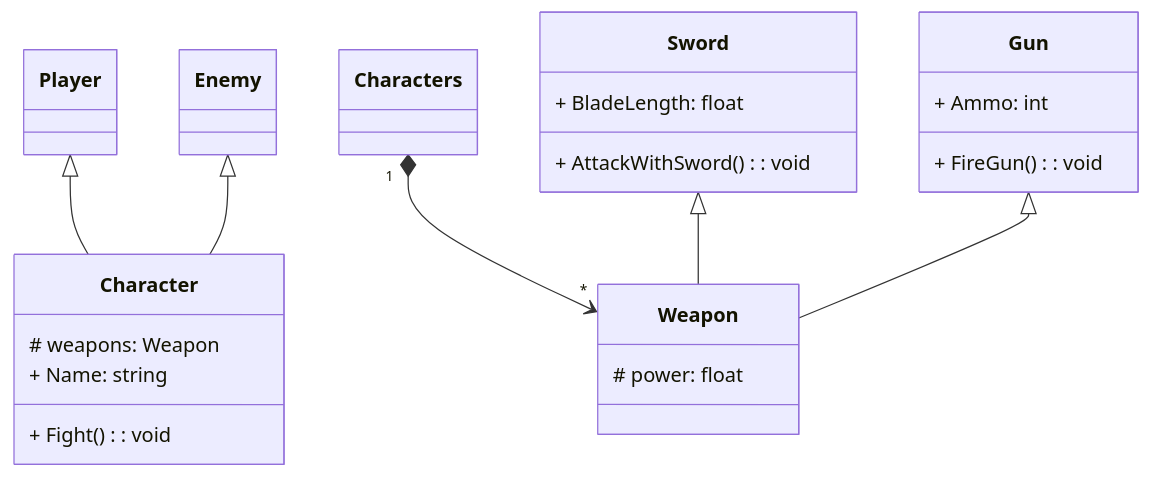
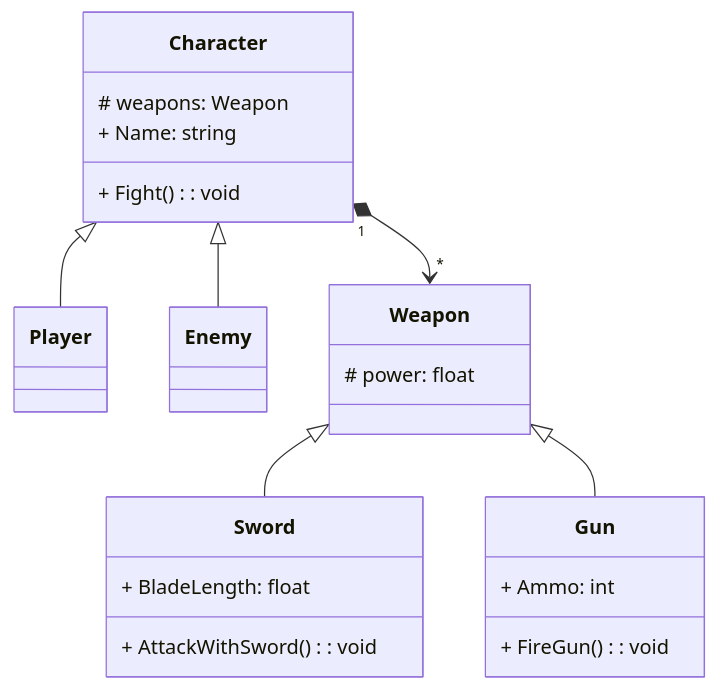
Before and after one commit to BrunoSilvaAlegria/LP1Semana07: the diagram in MiniGame/README.md, drawn with Mermaid. The commit also changed other lines of this file, not shown here.

Commit message:
Ex 4, corrected the diagram connections

````diff
--- a/MiniGame/README.md
+++ b/MiniGame/README.md
@@ -1,39 +1,39 @@
 ``` mermaid
 
       classDiagram
       class Character {
             # weapons: Weapon
             + Name: string
             + Fight(): void
 
             
       }
 
       class Player {
             
       }
 
       class Enemy {
 
       }
 
       class Weapon {
             # power: float
       }
 
       class Sword {
             + BladeLength: float 
             + AttackWithSword(): void
       }
 
       class Gun {
             + Ammo: int
             + FireGun(): void
       }
 
-      Characters "1" *--> "*" Weapon
-      Player <|-- Character
-      Enemy <|-- Character
-      Sword <|-- Weapon
-      Gun <|-- Weapon
+      Character "1" *--> "*" Weapon
+      Character <|-- Player
+      Character <|-- Enemy
+      Weapon <|-- Sword
+      Weapon <|-- Gun
 ```
````
